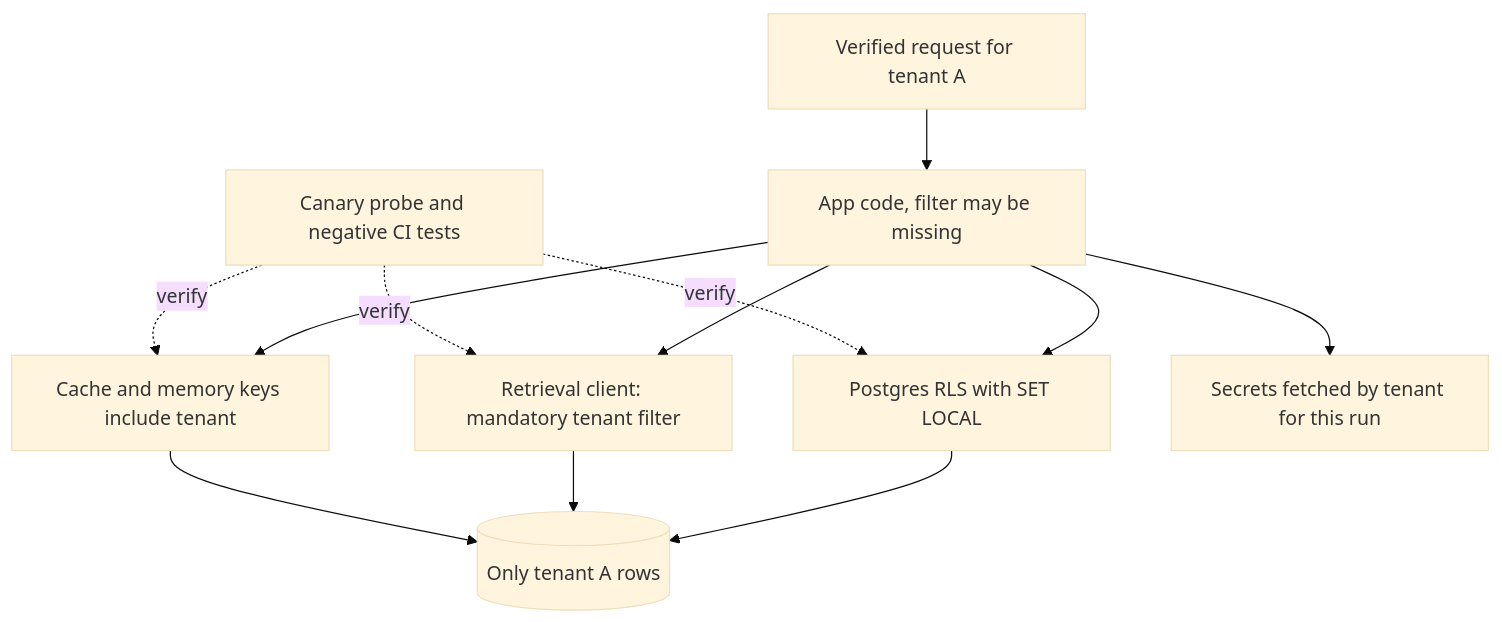
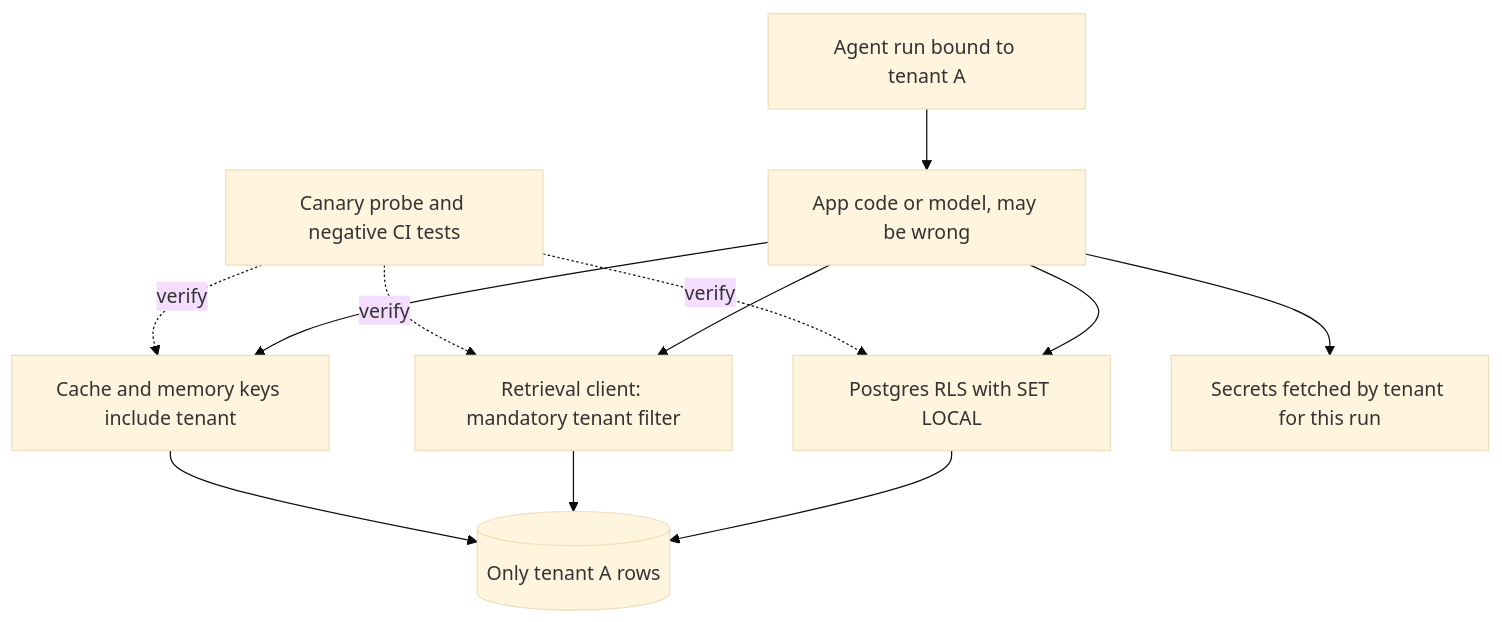
One commit to lovishmahajan97/agentic-learning changed the diagram in content/system-design/tenant-isolation.md. Above: the diagram before and after it, drawn with Mermaid (base theme). The commit also changed other lines of this file and 266 other files, not shown here.

````diff
--- a/content/system-design/tenant-isolation.md
+++ b/content/system-design/tenant-isolation.md
@@ -132,14 +157,14 @@
 ```mermaid
 flowchart TD
-    A["Verified request for tenant A"] --> B["App code, filter may be missing"]
+    A["Agent run bound to tenant A"] --> B["App code or model, may be wrong"]
     B --> C["Postgres RLS with SET LOCAL"]
     B --> D["Retrieval client: mandatory tenant filter"]
     B --> E["Cache and memory keys include tenant"]
     B --> F["Secrets fetched by tenant for this run"]
     C --> G[("Only tenant A rows")]
     D --> G
     E --> G
     H["Canary probe and negative CI tests"] -.->|"verify"| C
     H -.->|"verify"| D
     H -.->|"verify"| E
 ```
````
